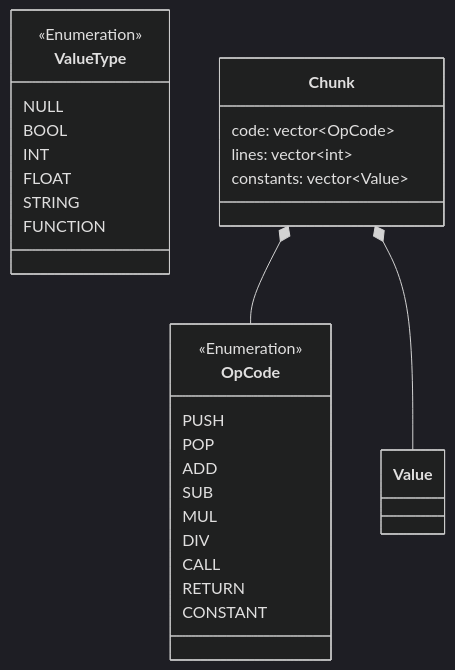
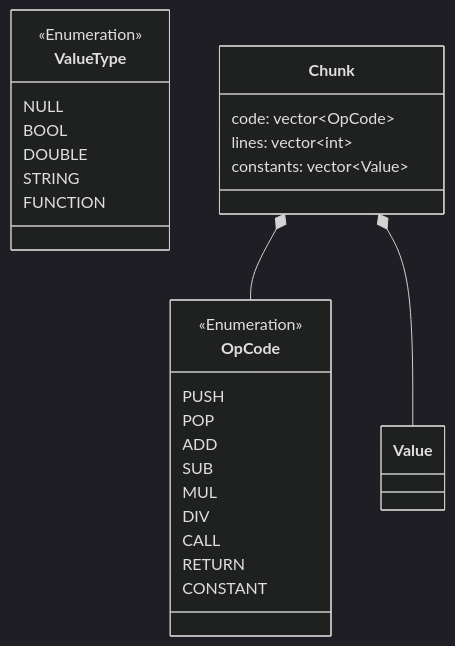
The diagram in backend/README.md (R4DEONN/Prima), drawn with Mermaid (dark theme) before and after one commit. The commit also changed other lines of this file and 9 other files, not shown here.

````diff
--- a/backend/README.md
+++ b/backend/README.md
@@ -16,36 +16,35 @@
 ```mermaid
 classDiagram
     class ValueType {
         <<Enumeration>>
         NULL
         BOOL
-        INT
-        FLOAT
+        DOUBLE
         STRING
         FUNCTION
     }
     
     class Value
 
     class OpCode {
         <<Enumeration>>
         PUSH
         POP
         ADD
         SUB
         MUL
         DIV
         CALL
         RETURN
         CONSTANT
     }
 
     class Chunk {
         code: vector~OpCode~
         lines: vector~int~
         constants: vector~Value~
     }
 
     Chunk *-- OpCode
     Chunk *-- Value
 ```
````
